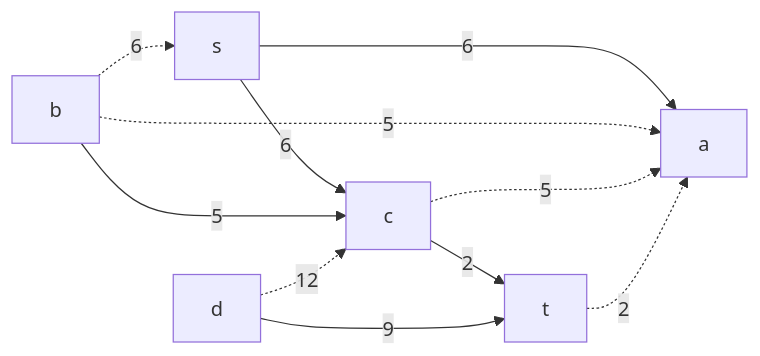
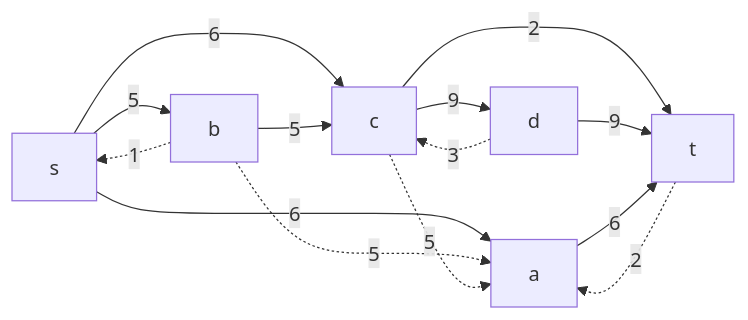
Diagram 12 of 14 in task-9/tbd-v2.md (hse-algo-24-raven/manual-tasks-raven), drawn with Mermaid before and after one commit. The commit also changed other lines of this file, not shown here.

Commit message:
graphs fix

````diff
--- a/task-9/tbd-v2.md
+++ b/task-9/tbd-v2.md
@@ -194,13 +206,16 @@
 ```mermaid
 graph LR
     s-->|6|a
-    b-.->|6|s
+    b-.->|1|s
+    s-->|5|b
     s-->|6|c
     b-.->|5|a
     b-->|5|c
-    d-.->|12|c
+    d-.->|3|c
+    c-->|9|d
     c-->|2|t
     d-->|9|t
     c-.->|5|a
     t-.->|2|a
+    a-->|6|t
 ```
````
